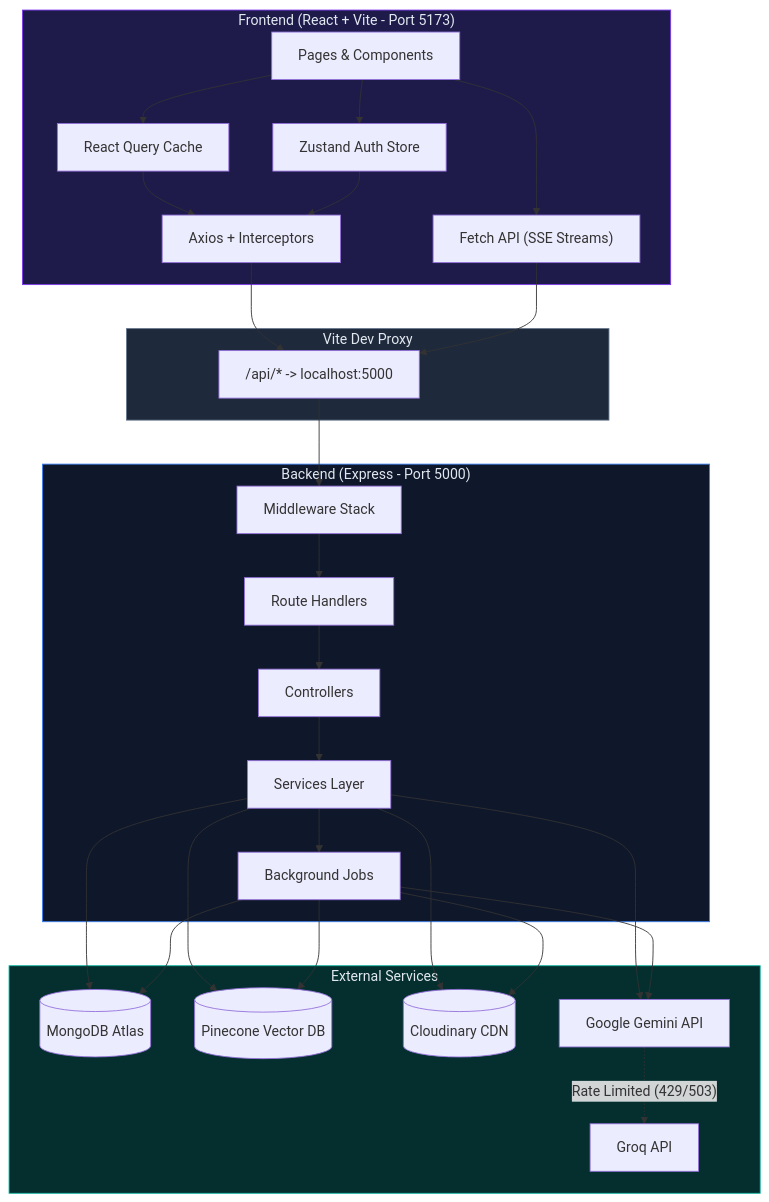
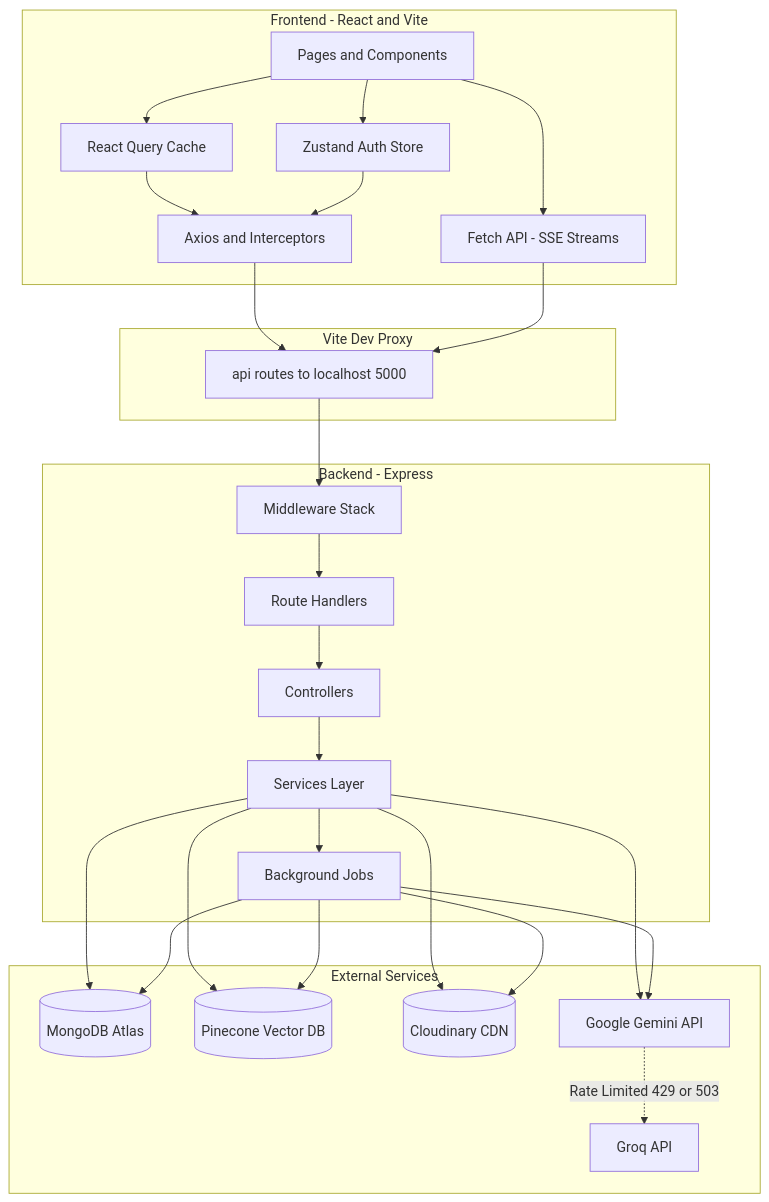
Before and after one commit to AniketB26/What-I-Signed: the first of 9 diagrams in README.md, drawn with Mermaid. The commit also changed other lines of this file, not shown here.

````diff
--- a/README.md
+++ b/README.md
@@ -95,57 +95,52 @@
 ```mermaid
 graph TB
-    subgraph Client["Frontend (React + Vite - Port 5173)"]
-        UI["Pages & Components"]
-        RQ["React Query Cache"]
-        ZS["Zustand Auth Store"]
-        AX["Axios + Interceptors"]
-        FE["Fetch API (SSE Streams)"]
+    subgraph Client [Frontend - React and Vite]
+        UI[Pages and Components]
+        RQ[React Query Cache]
+        ZS[Zustand Auth Store]
+        AX[Axios and Interceptors]
+        FE[Fetch API - SSE Streams]
     end
 
-    subgraph Proxy["Vite Dev Proxy"]
-        VP["/api/* -> localhost:5000"]
+    subgraph Proxy [Vite Dev Proxy]
+        VP[api routes to localhost 5000]
     end
 
-    subgraph Server["Backend (Express - Port 5000)"]
-        MW["Middleware Stack"]
-        RT["Route Handlers"]
-        CT["Controllers"]
-        SV["Services Layer"]
-        JB["Background Jobs"]
+    subgraph Server [Backend - Express]
+        MW[Middleware Stack]
+        RT[Route Handlers]
+        CT[Controllers]
+        SV[Services Layer]
+        JB[Background Jobs]
     end
 
-    subgraph External["External Services"]
+    subgraph External [External Services]
         MDB[(MongoDB Atlas)]
         PC[(Pinecone Vector DB)]
         CLD[(Cloudinary CDN)]
-        GMN["Google Gemini API"]
-        GRQ["Groq API"]
+        GMN[Google Gemini API]
+        GRQ[Groq API]
     end
 
     UI --> RQ
     UI --> ZS
     RQ --> AX
     ZS --> AX
     UI --> FE
     AX --> VP
     FE --> VP
     VP --> MW
     MW --> RT
     RT --> CT
     CT --> SV
     SV --> JB
     SV --> MDB
     SV --> PC
     SV --> CLD
     SV --> GMN
-    GMN -.->|"Rate Limited (429/503)"| GRQ
+    GMN -.->|Rate Limited 429 or 503| GRQ
     JB --> MDB
     JB --> PC
     JB --> CLD
     JB --> GMN
-
-    style Client fill:#1e1b4b,stroke:#7c3aed,color:#e2e8f0
-    style Server fill:#0f172a,stroke:#3b82f6,color:#e2e8f0
-    style External fill:#042f2e,stroke:#14b8a6,color:#e2e8f0
-    style Proxy fill:#1e293b,stroke:#64748b,color:#e2e8f0
 ```
````
